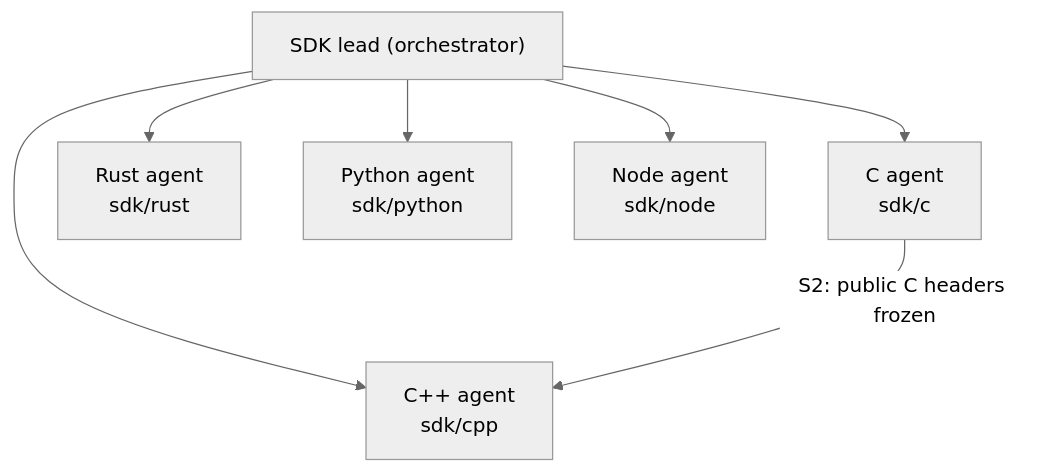
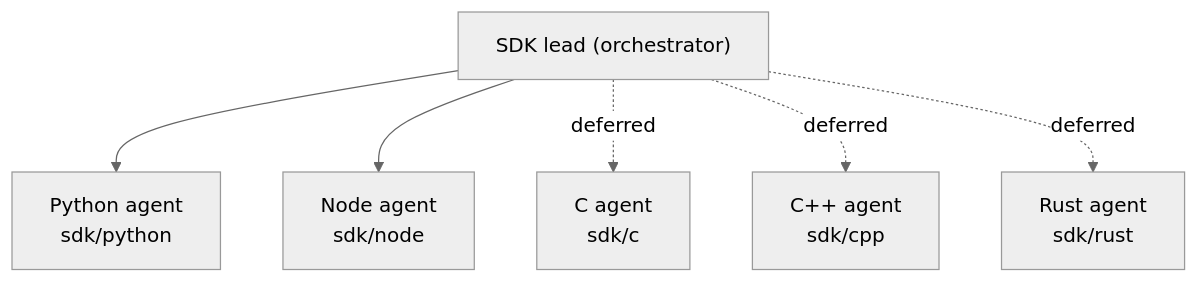
Before and after one commit to DikshitRJ/arkivector: the diagram in PLAN_SDK.md, drawn with Mermaid (neutral theme). The commit also changed other lines of this file and 6 other files, not shown here.

````diff
--- a/PLAN_SDK.md
+++ b/PLAN_SDK.md
@@ -14,10 +16,9 @@
 ```mermaid
 flowchart TB
   Lead["SDK lead (orchestrator)"]
-  Lead --> C["C agent<br/>sdk/c"]
-  Lead --> CPP["C++ agent<br/>sdk/cpp"]
-  Lead --> RS["Rust agent<br/>sdk/rust"]
   Lead --> PY["Python agent<br/>sdk/python"]
   Lead --> JS["Node agent<br/>sdk/node"]
-  C -- "S2: public C headers frozen" --> CPP
+  Lead -. "deferred" .-> C["C agent<br/>sdk/c"]
+  Lead -. "deferred" .-> CPP["C++ agent<br/>sdk/cpp"]
+  Lead -. "deferred" .-> RS["Rust agent<br/>sdk/rust"]
 ```
````
